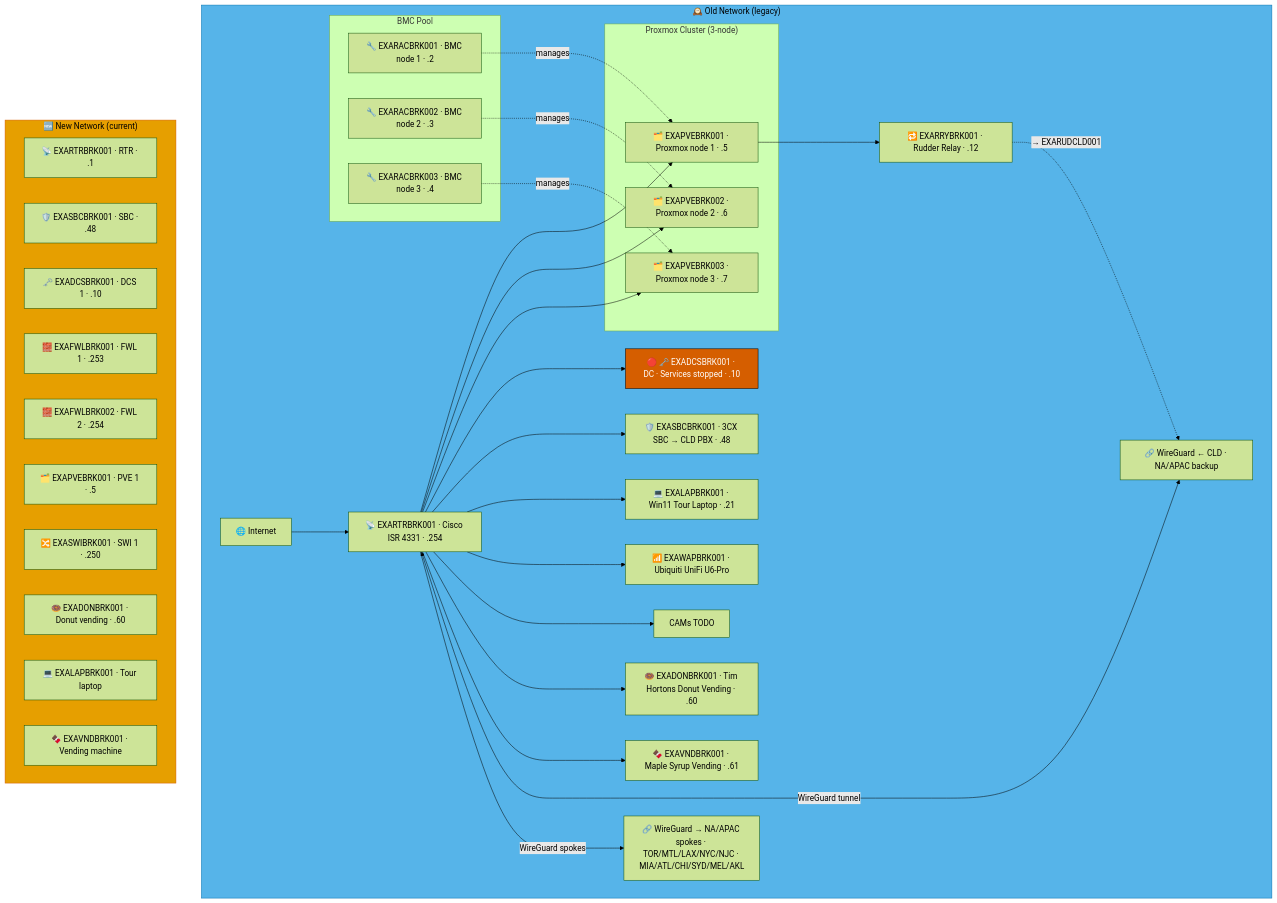
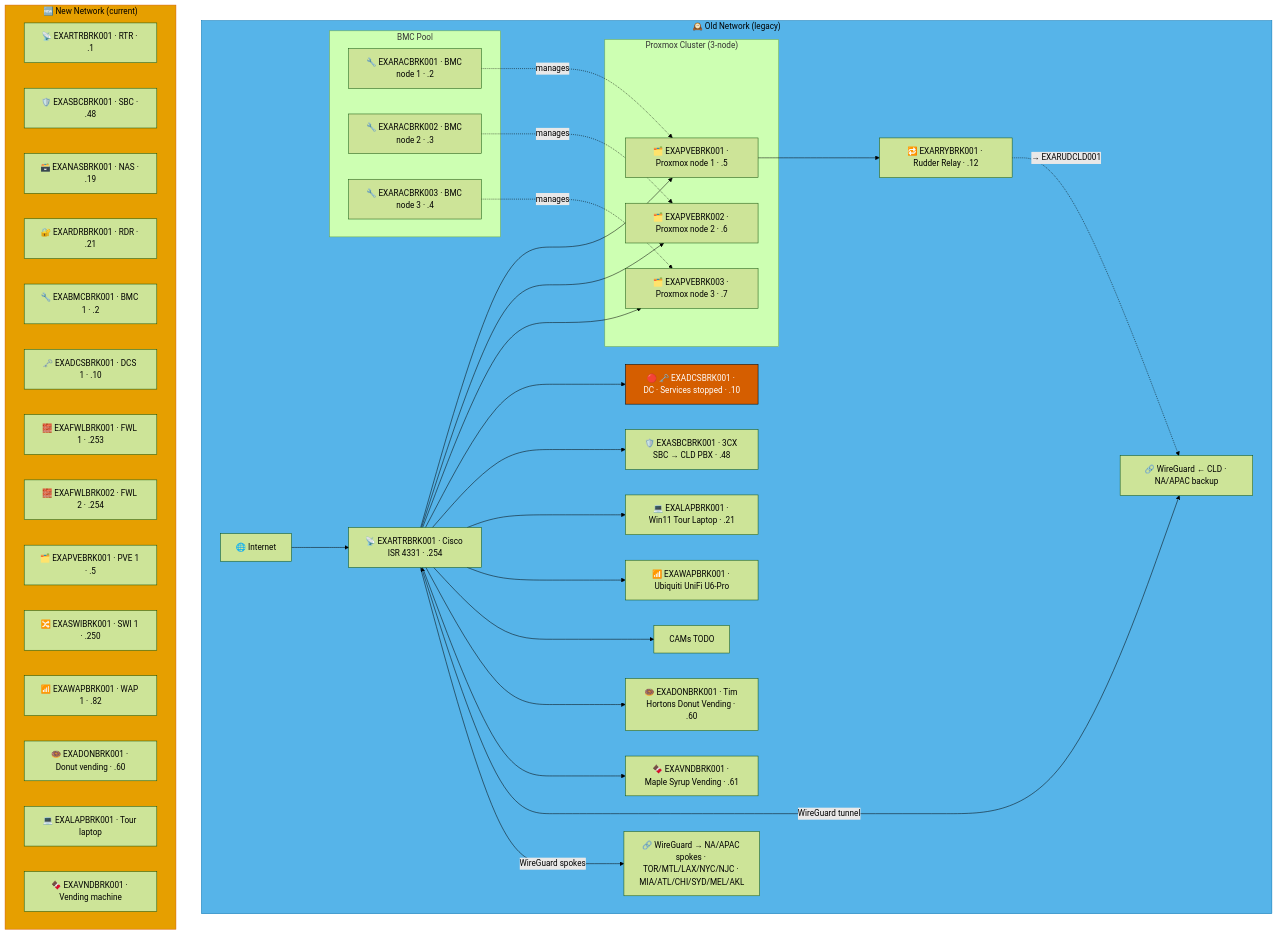
The first of 3 diagrams in docs/network-diagram/canada.md (knightmare2600/example_music_infra), drawn with Mermaid (forest theme) before and after one commit. The commit also changed other lines of this file and 15 other files, not shown here.

````diff
--- a/docs/network-diagram/canada.md
+++ b/docs/network-diagram/canada.md
@@ -17,61 +17,65 @@
 ```mermaid
 graph TD
     subgraph OLD_BRK ["🕰️ Old Network (legacy)"]
       INET["🌐 Internet"]
       RTR["📡 EXARTRBRK001 · Cisco ISR 4331 · .254"]
 
       subgraph BMC ["BMC Pool"]
           RAC1["🔧 EXARACBRK001 · BMC node 1 · .2"]
           RAC2["🔧 EXARACBRK002 · BMC node 2 · .3"]
           RAC3["🔧 EXARACBRK003 · BMC node 3 · .4"]
       end
 
       subgraph PVE ["Proxmox Cluster (3-node)"]
           PVE1["🗂️ EXAPVEBRK001 · Proxmox node 1 · .5"]
           PVE2["🗂️ EXAPVEBRK002 · Proxmox node 2 · .6"]
           PVE3["🗂️ EXAPVEBRK003 · Proxmox node 3 · .7"]
       end
 
       DC["🔴 🗝️ EXADCSBRK001 · DC · Services stopped · .10"]
       SBC["🛡️ EXASBCBRK001 · 3CX SBC → CLD PBX · .48"]
       RRY["🔁 EXARRYBRK001 · Rudder Relay · .12"]
       LAP["💻 EXALAPBRK001 · Win11 Tour Laptop · .21"]
       WAP["📶 EXAWAPBRK001 · Ubiquiti UniFi U6-Pro"]
       CAM["CAMs TODO"]
       VND1["🍩 EXADONBRK001 · Tim Hortons Donut Vending · .60"]
       VND2["🍫 EXAVNDBRK001 · Maple Syrup Vending · .61"]
       VPN_CLD["🔗 WireGuard ← CLD · NA/APAC backup"]
       VPN_NA["🔗 WireGuard → NA/APAC spokes · TOR/MTL/LAX/NYC/NJC · MIA/ATL/CHI/SYD/MEL/AKL"]
 
       INET --> RTR
       RTR --> PVE1 & PVE2 & PVE3
       RTR --> DC & SBC
       RAC1 -.->|"manages"| PVE1
       RAC2 -.->|"manages"| PVE2
       RAC3 -.->|"manages"| PVE3
       RTR --> LAP & WAP & CAM & VND1 & VND2
       RTR <-->|"WireGuard tunnel"| VPN_CLD
       RTR -->|"WireGuard spokes"| VPN_NA
 
       PVE1 --> RRY
       RRY -. "→ EXARUDCLD001" .-> VPN_CLD
     end
     style OLD_BRK fill:#56B4E9,stroke:#0072B2,color:#000000
     %% GENERATED:NEW-NETWORK:BRK:START
     subgraph NEW_BRK ["🆕 New Network (current)"]
       N_RTR["📡 EXARTRBRK001 · RTR · .1"]
       N_SBC["🛡️ EXASBCBRK001 · SBC · .48"]
+      N_NAS["🗃️ EXANASBRK001 · NAS · .19"]
+      N_RDR["🔐 EXARDRBRK001 · RDR · .21"]
+      N_BMC["🔧 EXABMCBRK001 · BMC 1 · .2"]
       N_DCS["🗝️ EXADCSBRK001 · DCS 1 · .10"]
       N_FWL["🧱 EXAFWLBRK001 · FWL 1 · .253"]
       N_FWL2["🧱 EXAFWLBRK002 · FWL 2 · .254"]
       N_PVE["🗂️ EXAPVEBRK001 · PVE 1 · .5"]
       N_SWI["🔀 EXASWIBRK001 · SWI 1 · .250"]
+      N_WAP["📶 EXAWAPBRK001 · WAP 1 · .82"]
       N_DON["🍩 EXADONBRK001 · Donut vending · .60"]
       N_LAP["💻 EXALAPBRK001 · Tour laptop"]
       N_VND["🍫 EXAVNDBRK001 · Vending machine"]
     end
     style NEW_BRK fill:#E69F00,stroke:#D55E00,color:#000000
     %% GENERATED:NEW-NETWORK:BRK:END
     classDef warn fill:#D55E00,stroke:#000000,color:#ffffff
     class DC warn
 ```
````
